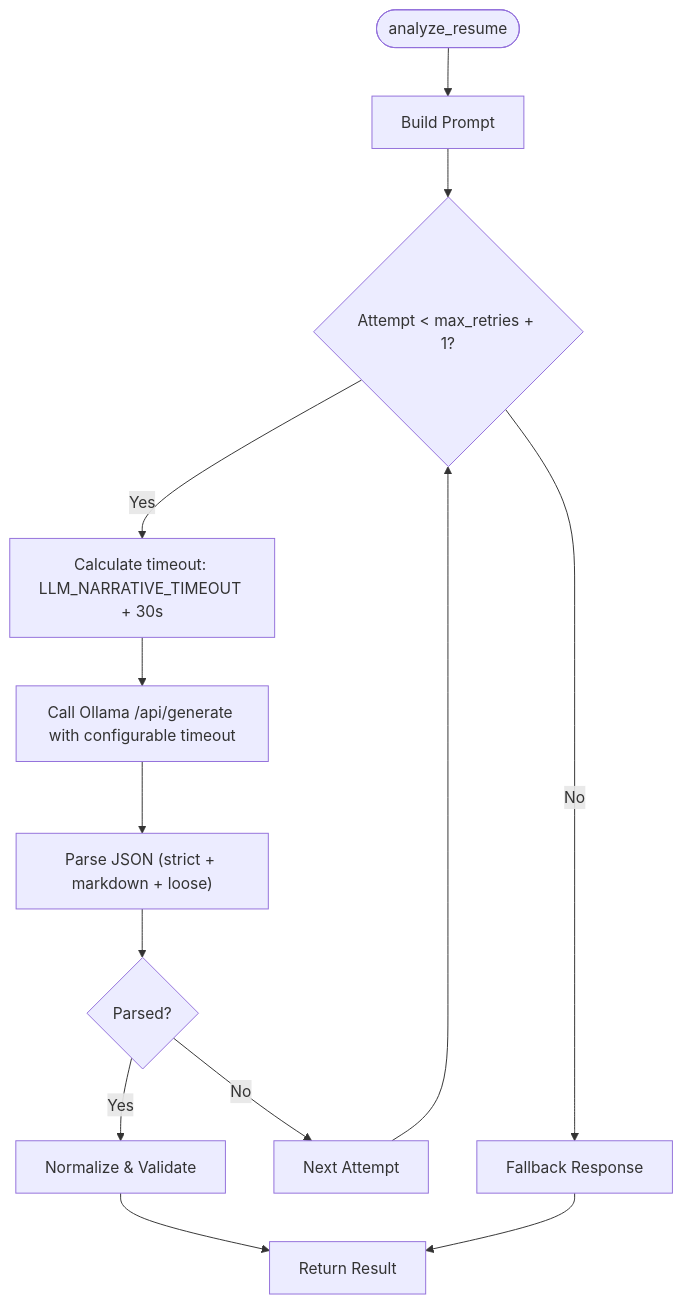
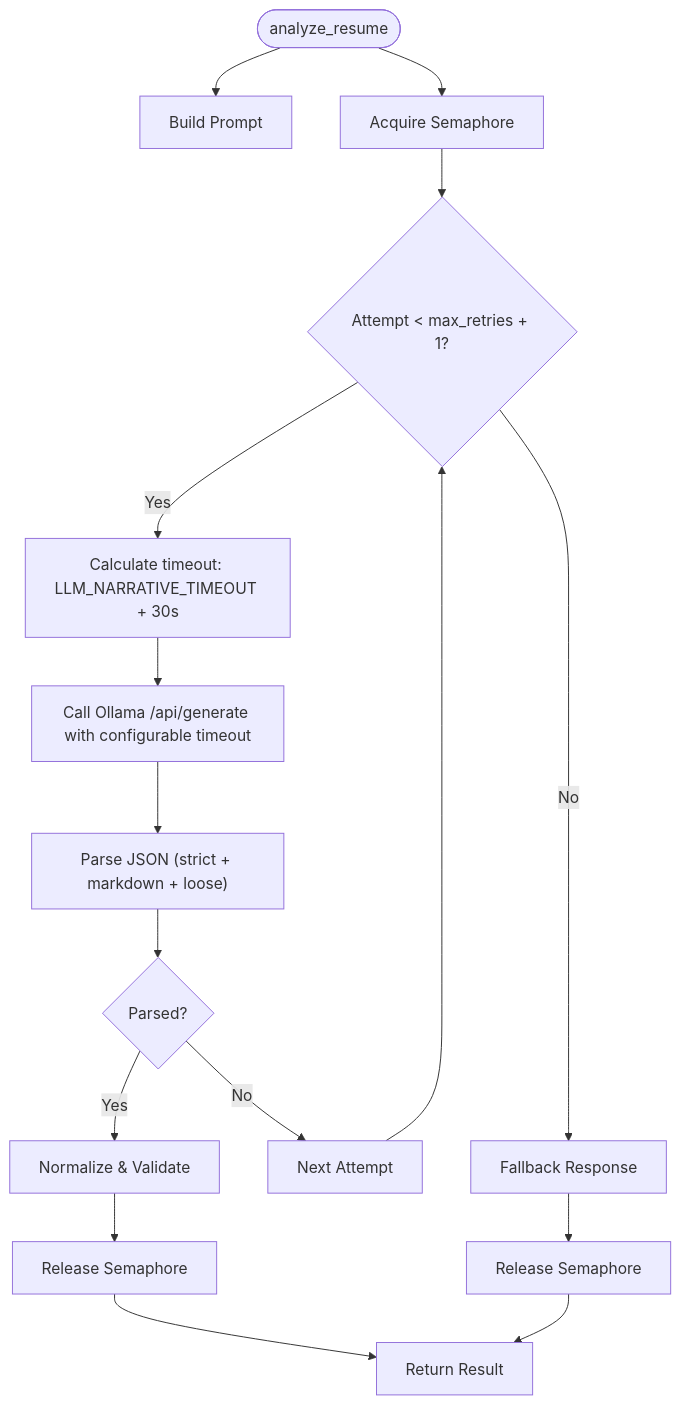
One commit to Revanththetalogics/aireume changed the seventh of 14 diagrams in .qoder/repowiki/en/content/Analysis Engine/LLM Service Integration.md. Above: the diagram before and after it, drawn with Mermaid. The commit also changed other lines of this file and 6 other files, not shown here.

````diff
--- a/.qoder/repowiki/en/content/Analysis Engine/LLM Service Integration.md
+++ b/.qoder/repowiki/en/content/Analysis Engine/LLM Service Integration.md
@@ -306,15 +362,18 @@
 ```mermaid
 flowchart TD
 Start(["analyze_resume"]) --> Build["Build Prompt"]
-Build --> RetryLoop{"Attempt < max_retries + 1?"}
+Start --> Semaphore["Acquire Semaphore"]
+Semaphore --> RetryLoop{"Attempt < max_retries + 1?"}
 RetryLoop --> |Yes| GetTimeout["Calculate timeout: LLM_NARRATIVE_TIMEOUT + 30s"]
 GetTimeout --> Call["Call Ollama /api/generate with configurable timeout"]
 Call --> Parse["Parse JSON (strict + markdown + loose)"]
 Parse --> Valid{"Parsed?"}
 Valid --> |Yes| Normalize["Normalize & Validate"]
-Normalize --> Return["Return Result"]
+Normalize --> Release["Release Semaphore"]
+Release --> Return["Return Result"]
 Valid --> |No| NextAttempt["Next Attempt"]
+NextAttempt --> RetryLoop
 RetryLoop --> |No| Fallback["Fallback Response"]
-NextAttempt --> RetryLoop
-Fallback --> Return
+Fallback --> Release2["Release Semaphore"]
+Release2 --> Return
 ```
````
